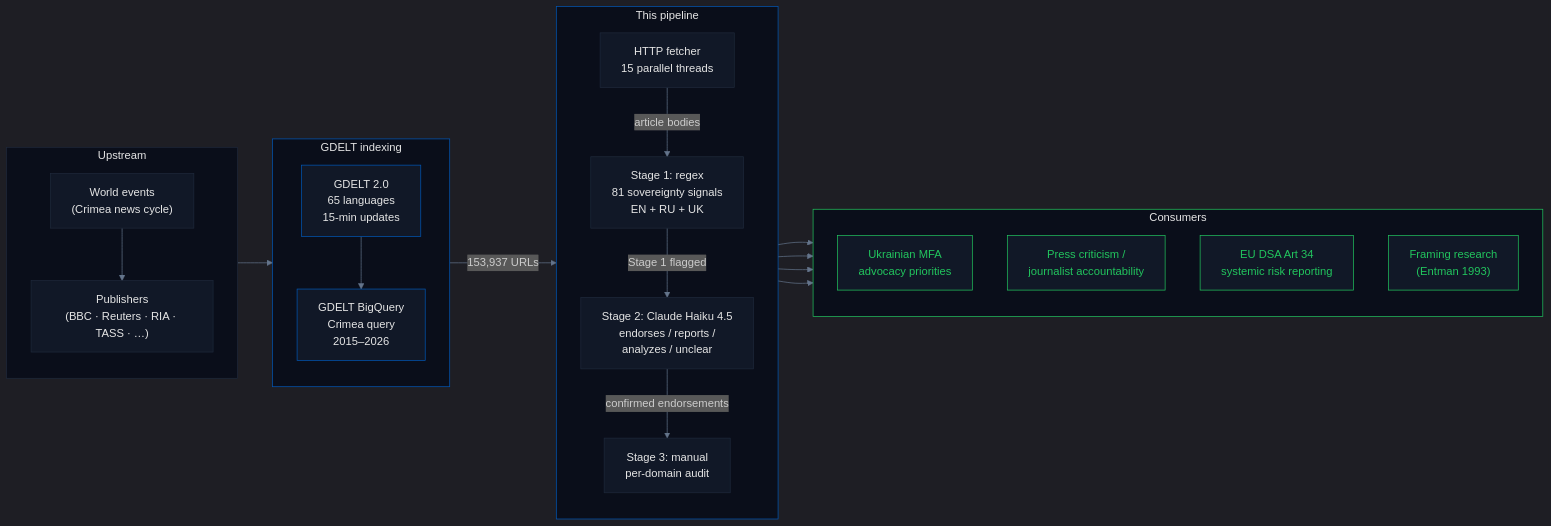
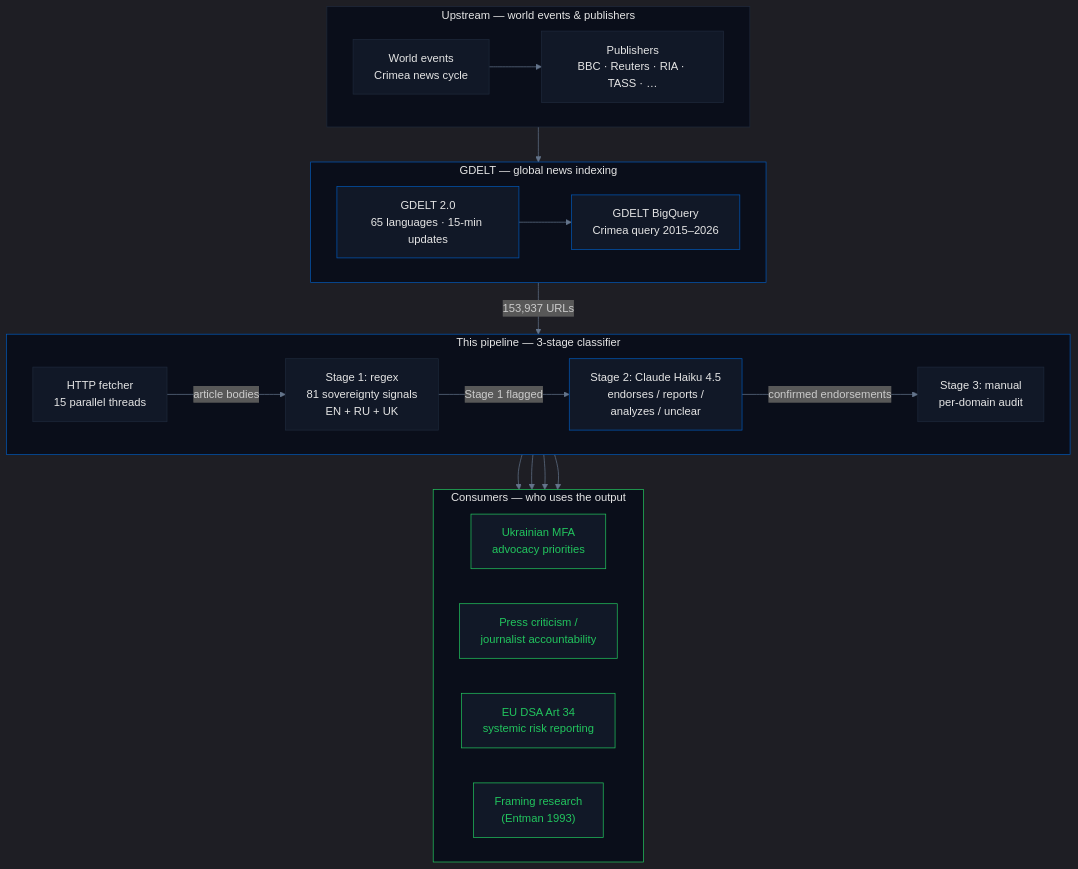
One commit to IvanDobrovolsky/crimeaisukraine changed the first of 2 diagrams in pipelines/media/README.md. Above: the diagram before and after it, drawn with Mermaid. The commit also changed other lines of this file, not shown here.

First paragraph of the commit message:
Media README: absorb Gemini feedback — Contextual Disambiguation at Scale, Measurement Gap framing, watchlist criteria, vertical supply-chain diagram
Prose-only refinements to pipelines/media/README.md based on 3rd-party
reviewer feedback. No scan code, no data files, no LLM pipeline files
touched.

````diff
--- a/pipelines/media/README.md
+++ b/pipelines/media/README.md
@@ -11,60 +11,60 @@
 ```mermaid
 %%{init: {'theme': 'dark', 'themeVariables': {'primaryColor': '#0057b7', 'primaryTextColor': '#e5e5e5', 'lineColor': '#64748b', 'primaryBorderColor': '#1e293b'}}}%%
-flowchart LR
-    subgraph UPSTREAM["Upstream"]
-        direction TB
-        EVENTS["World events<br/>(Crimea news cycle)"]
-        PUB["Publishers<br/>(BBC · Reuters · RIA · TASS · …)"]
+flowchart TB
+    subgraph UPSTREAM["Upstream — world events &amp; publishers"]
+        direction LR
+        EVENTS["World events<br/>Crimea news cycle"]
+        PUB["Publishers<br/>BBC · Reuters · RIA · TASS · …"]
     end
 
-    subgraph INDEX["GDELT indexing"]
-        direction TB
-        GDELT["GDELT 2.0<br/>65 languages<br/>15-min updates"]
-        BQ["GDELT BigQuery<br/>Crimea query<br/>2015–2026"]
+    subgraph INDEX["GDELT — global news indexing"]
+        direction LR
+        GDELT["GDELT 2.0<br/>65 languages · 15-min updates"]
+        BQ["GDELT BigQuery<br/>Crimea query 2015–2026"]
     end
 
-    subgraph PIPE["This pipeline"]
-        direction TB
+    subgraph PIPE["This pipeline — 3-stage classifier"]
+        direction LR
         FETCH["HTTP fetcher<br/>15 parallel threads"]
         REGEX["Stage 1: regex<br/>81 sovereignty signals<br/>EN + RU + UK"]
         LLM["Stage 2: Claude Haiku 4.5<br/>endorses / reports /<br/>analyzes / unclear"]
         MANUAL["Stage 3: manual<br/>per-domain audit"]
     end
 
-    subgraph CONSUMERS["Consumers"]
-        direction TB
+    subgraph CONSUMERS["Consumers — who uses the output"]
+        direction LR
         MFA["Ukrainian MFA<br/>advocacy priorities"]
         PRESS["Press criticism /<br/>journalist accountability"]
         POLICY["EU DSA Art 34<br/>systemic risk reporting"]
         RESEARCH["Framing research<br/>(Entman 1993)"]
     end
 
     EVENTS --> PUB
     PUB --> GDELT
     GDELT --> BQ
-    BQ -->|153,937 URLs| FETCH
-    FETCH -->|article bodies| REGEX
-    REGEX -->|Stage 1 flagged| LLM
-    LLM -->|confirmed endorsements| MANUAL
+    BQ -->|"153,937 URLs"| FETCH
+    FETCH -->|"article bodies"| REGEX
+    REGEX -->|"Stage 1 flagged"| LLM
+    LLM -->|"confirmed endorsements"| MANUAL
     MANUAL --> MFA
     MANUAL --> PRESS
     MANUAL --> POLICY
     MANUAL --> RESEARCH
 
     style UPSTREAM fill:#0a0e1a,stroke:#1e293b,color:#e5e5e5
     style INDEX fill:#0a0e1a,stroke:#0057b7,color:#e5e5e5
     style PIPE fill:#0a0e1a,stroke:#0057b7,color:#e5e5e5
     style CONSUMERS fill:#0a0e1a,stroke:#22c55e,color:#e5e5e5
     style EVENTS fill:#111827,stroke:#1e293b,color:#e5e5e5
     style PUB fill:#111827,stroke:#1e293b,color:#e5e5e5
     style GDELT fill:#111827,stroke:#0057b7,color:#e5e5e5
     style BQ fill:#111827,stroke:#0057b7,color:#e5e5e5
     style FETCH fill:#111827,stroke:#1e293b,color:#e5e5e5
     style REGEX fill:#111827,stroke:#1e293b,color:#e5e5e5
-    style LLM fill:#111827,stroke:#1e293b,color:#e5e5e5
+    style LLM fill:#111827,stroke:#0057b7,color:#e5e5e5
     style MANUAL fill:#111827,stroke:#1e293b,color:#e5e5e5
     style MFA fill:#111827,stroke:#22c55e,color:#22c55e
     style PRESS fill:#111827,stroke:#22c55e,color:#22c55e
     style POLICY fill:#111827,stroke:#22c55e,color:#22c55e
     style RESEARCH fill:#111827,stroke:#22c55e,color:#22c55e
 ```
````
